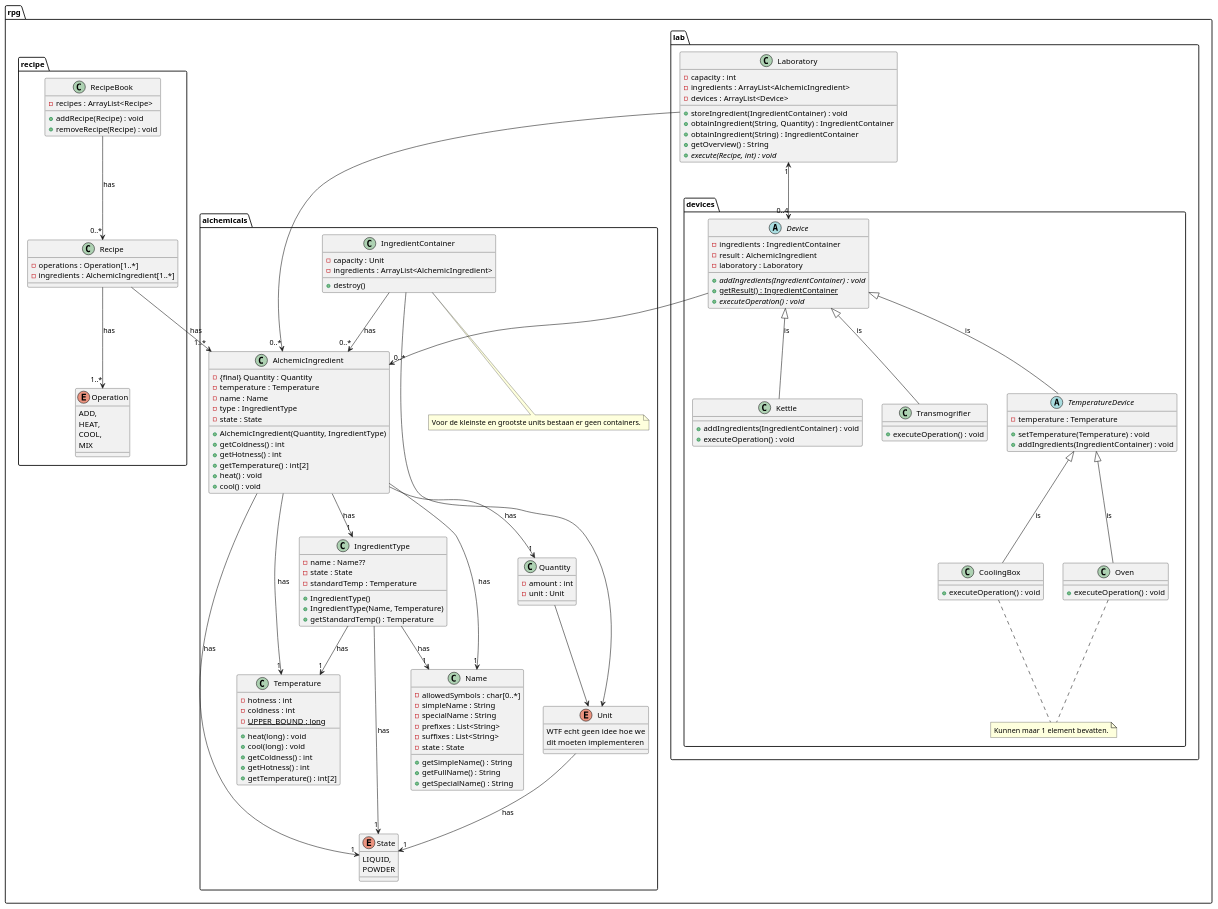
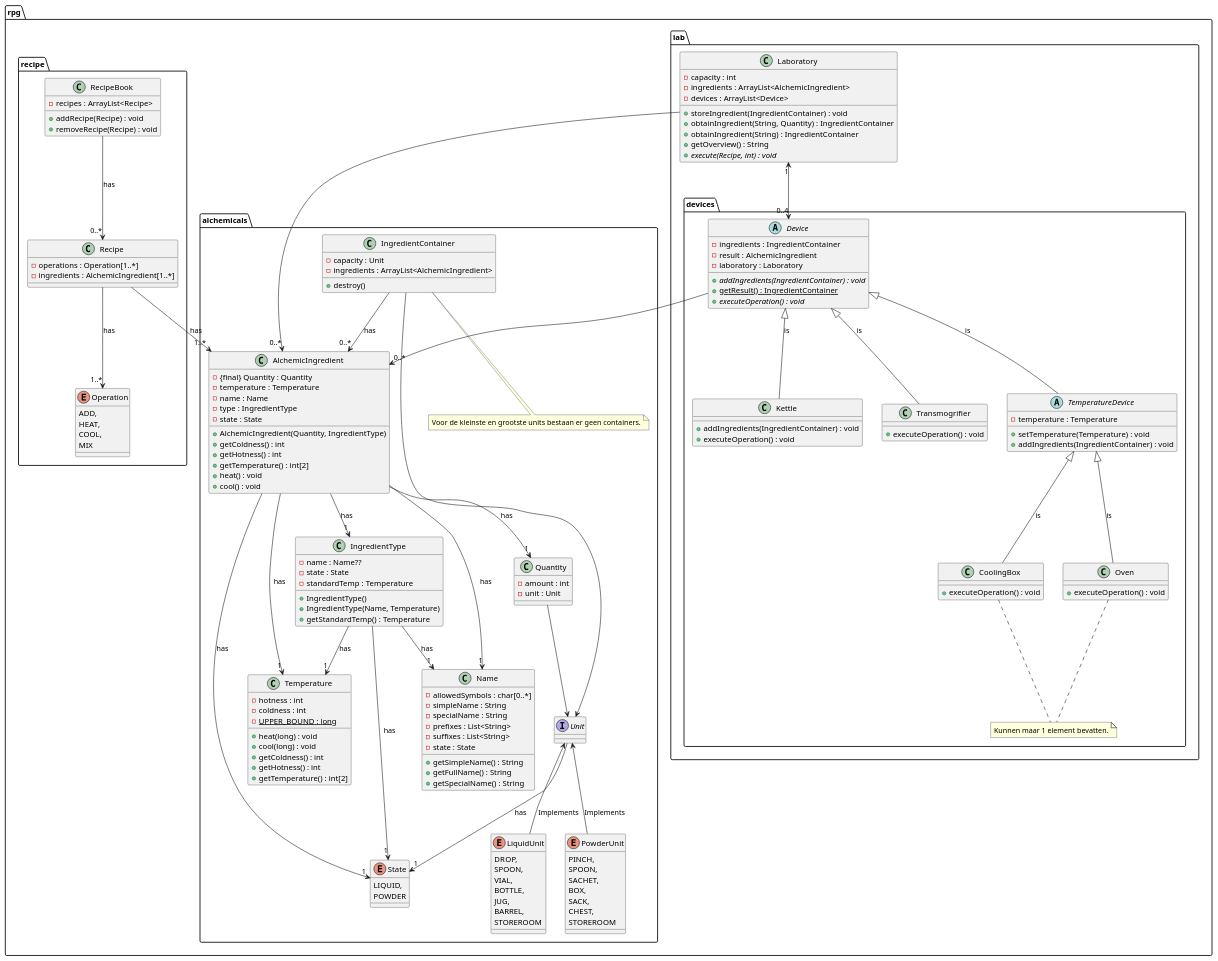
Before and after one commit to vanschependom/KULAK_ogp-examenproject: the diagram in class-diagram/vincent.puml, drawn with PlantUML.

Commit message:
Changed UML quantity

```diff
--- a/class-diagram/vincent.puml
+++ b/class-diagram/vincent.puml
@@ -51,10 +51,31 @@
     - unit : Unit
     }
 
-    enum Unit {
-    WTF echt geen idee hoe we
-    dit moeten implementeren
+    interface Unit {
     }
+
+    enum LiquidUnit {
+     DROP,
+     SPOON,
+     VIAL,
+     BOTTLE,
+     JUG,
+     BARREL,
+     STOREROOM
+    }
+
+    enum PowderUnit {
+     PINCH,
+     SPOON,
+     SACHET,
+     BOX,
+     SACK,
+     CHEST,
+     STOREROOM
+    }
+
+    Unit <-- LiquidUnit : Implements
+    Unit <-- PowderUnit : Implements
 
     class Temperature {
     - hotness : int
```
